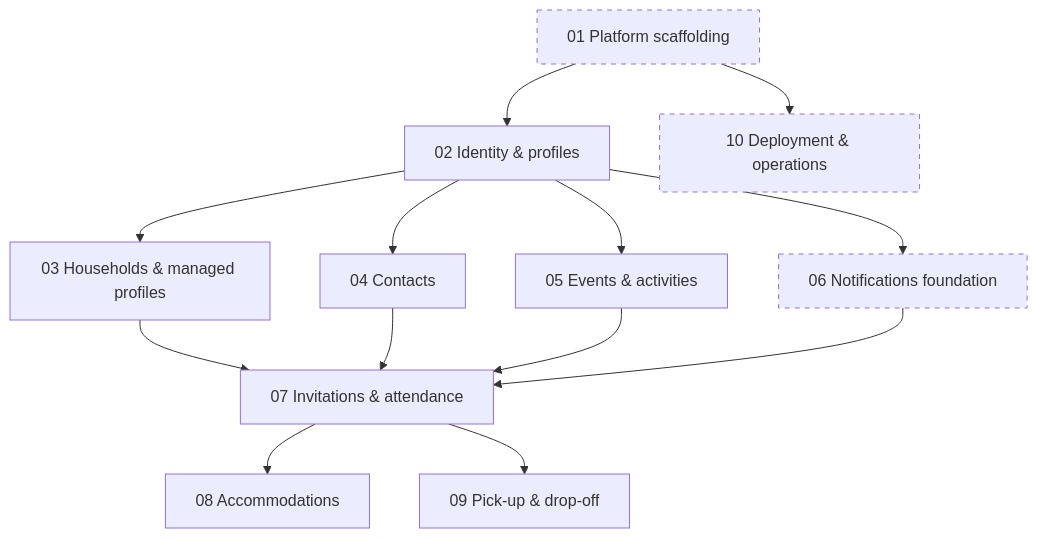
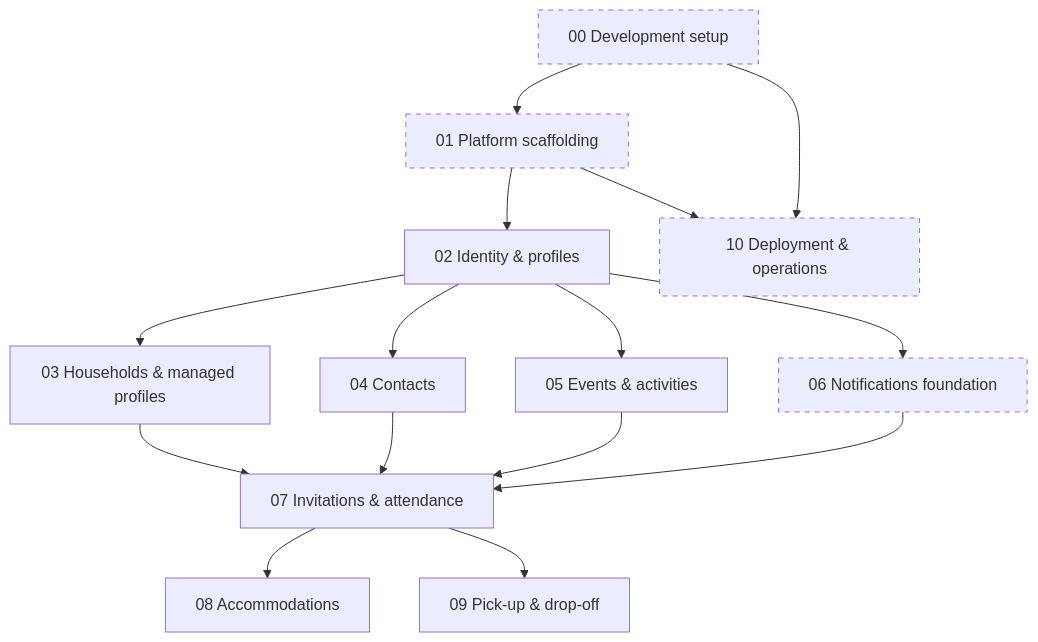
The diagram in docs/GAMEPLAN.md (thephilippbusch/evie), drawn with Mermaid before and after one commit. The commit also changed other lines of this file and 4 other files, not shown here.

Commit message:
docs: add development setup stage and adjust gameplan accordingly

````diff
--- a/docs/GAMEPLAN.md
+++ b/docs/GAMEPLAN.md
@@ -28,29 +34,32 @@
 ```mermaid
 graph TD
+    S00[00 Development setup]
     S01[01 Platform scaffolding]
     S02[02 Identity & profiles]
     S03[03 Households & managed profiles]
     S04[04 Contacts]
     S05[05 Events & activities]
     S06[06 Notifications foundation]
     S07[07 Invitations & attendance]
     S08[08 Accommodations]
     S09[09 Pick-up & drop-off]
     S10[10 Deployment & operations]
 
+    S00 --> S01
+    S00 --> S10
     S01 --> S02
     S01 --> S10
     S02 --> S03
     S02 --> S04
     S02 --> S05
     S02 --> S06
     S03 --> S07
     S04 --> S07
     S05 --> S07
     S06 --> S07
     S07 --> S08
     S07 --> S09
 
     classDef horizontal stroke-dasharray: 5 5
-    class S01,S06,S10 horizontal
+    class S00,S01,S06,S10 horizontal
 ```
````
